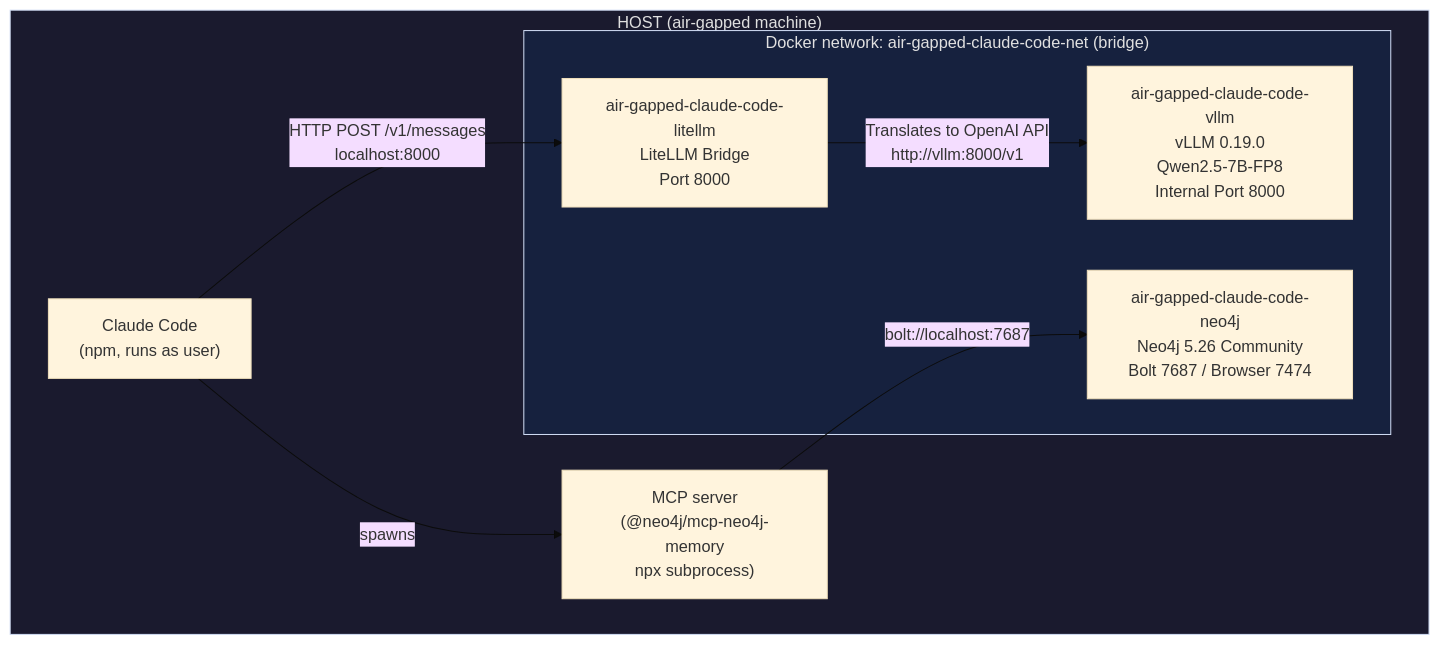
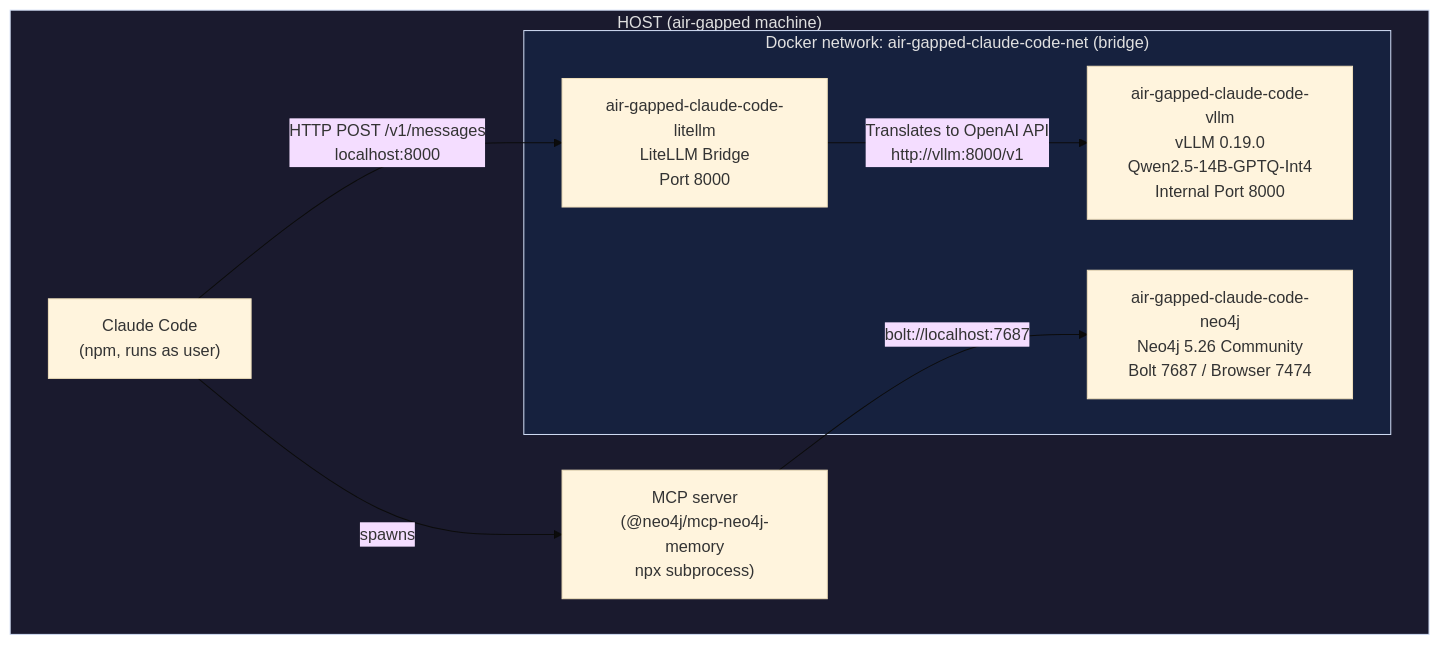
The diagram in README.md (maximemacron/p-air-gapped-claude-code), drawn with Mermaid (base theme) before and after one commit. The commit also changed other lines of this file, not shown here.

````diff
--- a/README.md
+++ b/README.md
@@ -13,21 +13,21 @@
 ```mermaid
 graph TD
     subgraph HOST ["HOST (air-gapped machine)"]
         CC["Claude Code\n(npm, runs as user)"]
         MCP["MCP server\n(@neo4j/mcp-neo4j-memory\nnpx subprocess)"]
 
         subgraph DOCKER ["Docker network: air-gapped-claude-code-net (bridge)"]
             LITE["air-gapped-claude-code-litellm\nLiteLLM Bridge\nPort 8000"]
-            VLLM["air-gapped-claude-code-vllm\nvLLM 0.19.0\nQwen2.5-7B-FP8\nInternal Port 8000"]
+            VLLM["air-gapped-claude-code-vllm\nvLLM 0.19.0\nQwen2.5-14B-GPTQ-Int4\nInternal Port 8000"]
             NEO["air-gapped-claude-code-neo4j\nNeo4j 5.26 Community\nBolt 7687 / Browser 7474"]
         end
 
         CC -- "HTTP POST /v1/messages\nlocalhost:8000" --> LITE
         LITE -- "Translates to OpenAI API\nhttp://vllm:8000/v1" --> VLLM
         CC -- "spawns" --> MCP
         MCP -- "bolt://localhost:7687" --> NEO
     end
 
     style HOST fill:#1a1a2e,color:#e0e0e0
     style DOCKER fill:#16213e,color:#e0e0e0
 ```
````
